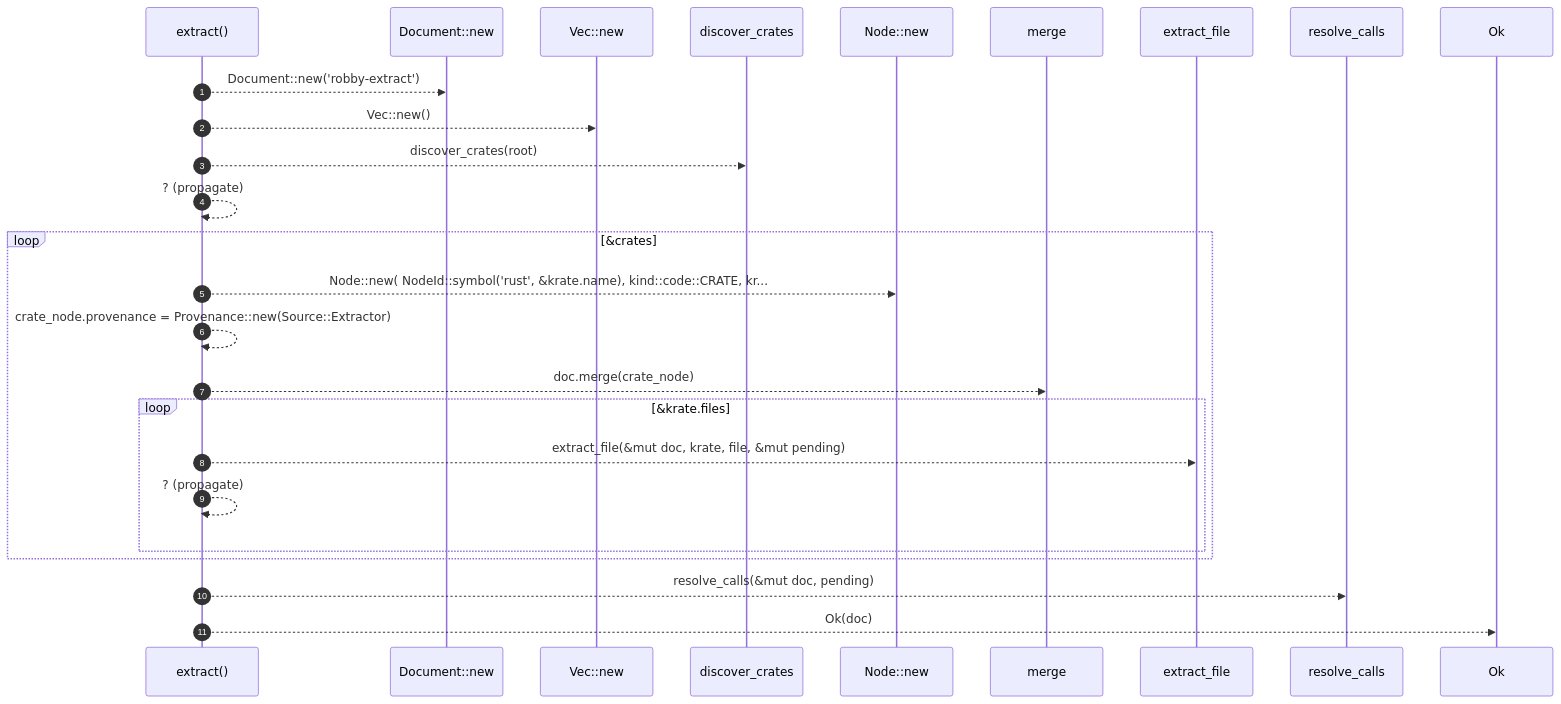
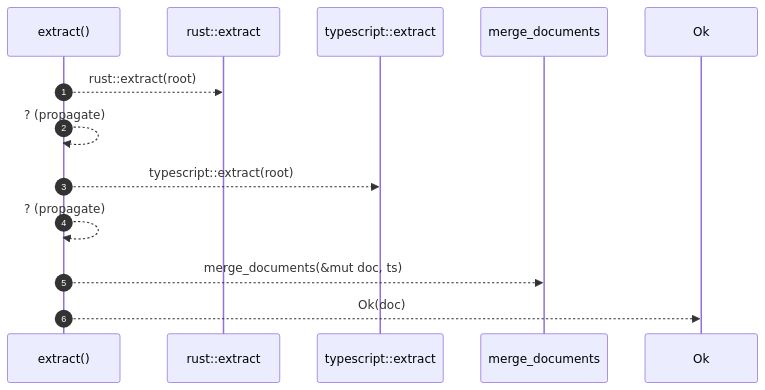
Before and after one commit to RyanGuild/self-describing-code: the diagram in docs/self-model/robby_extract/extract.md, drawn with Mermaid. The commit also changed other lines of this file and 1404 other files, not shown here.

````diff
--- a/docs/self-model/robby_extract/extract.md
+++ b/docs/self-model/robby_extract/extract.md
@@ -40,28 +24,15 @@
 ```mermaid
 sequenceDiagram
     autonumber
     participant extract as extract()
-    participant Document__new as Document::new
-    participant Vec__new as Vec::new
-    participant discover_crates as discover_crates
-    participant Node__new as Node::new
-    participant merge as merge
-    participant extract_file as extract_file
-    participant resolve_calls as resolve_calls
+    participant rust__extract as rust::extract
+    participant typescript__extract as typescript::extract
+    participant merge_documents as merge_documents
     participant Ok as Ok
-    extract-->>Document__new: Document::new('robby-extract')
-    extract-->>Vec__new: Vec::new()
-    extract-->>discover_crates: discover_crates(root)
+    extract-->>rust__extract: rust::extract(root)
     extract-->>extract: ? (propagate)
-    loop &crates
-    extract-->>Node__new: Node::new( NodeId::symbol('rust', &krate.name), kind::code::CRATE, kr...
-    extract-->>extract: crate_node.provenance = Provenance::new(Source::Extractor)
-    extract-->>merge: doc.merge(crate_node)
-    loop &krate.files
-    extract-->>extract_file: extract_file(&mut doc, krate, file, &mut pending)
+    extract-->>typescript__extract: typescript::extract(root)
     extract-->>extract: ? (propagate)
-    end
-    end
-    extract-->>resolve_calls: resolve_calls(&mut doc, pending)
+    extract-->>merge_documents: merge_documents(&mut doc, ts)
     extract-->>Ok: Ok(doc)
 ```
````
